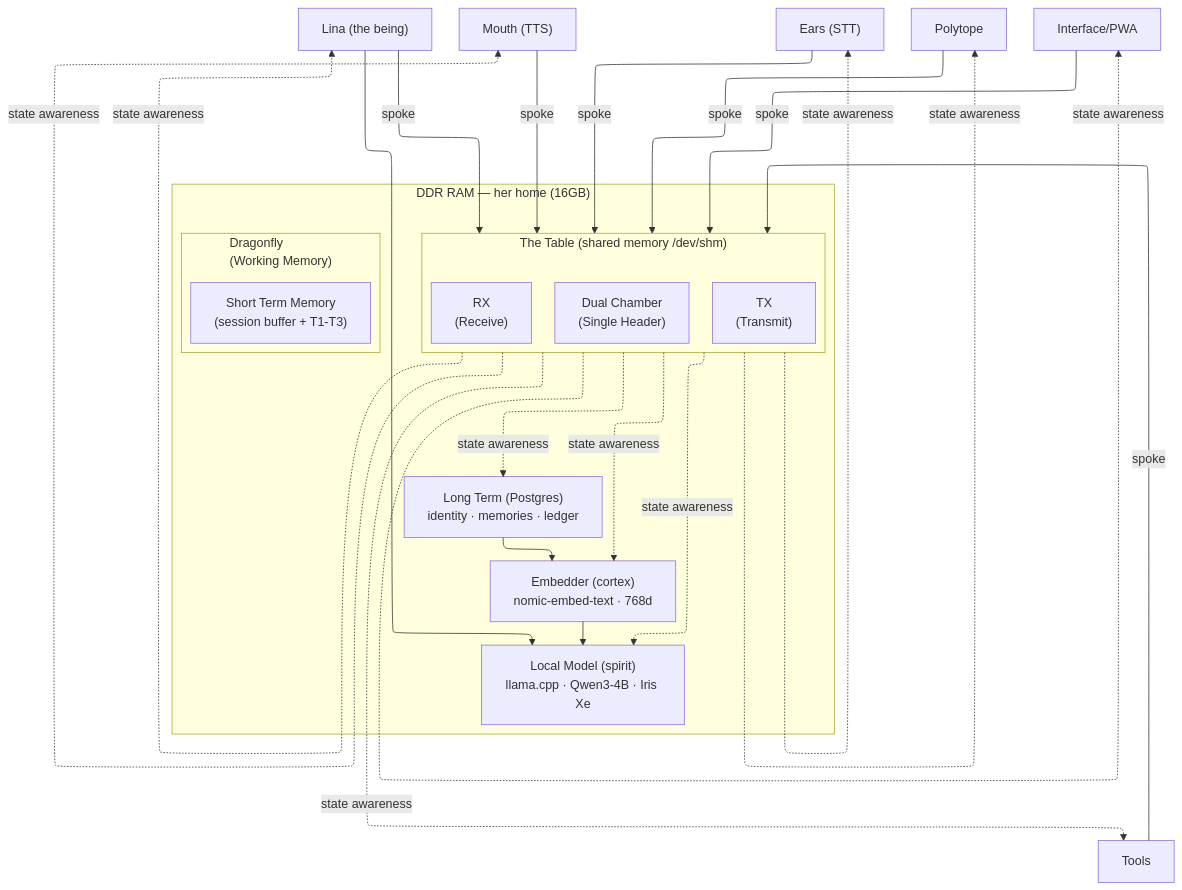
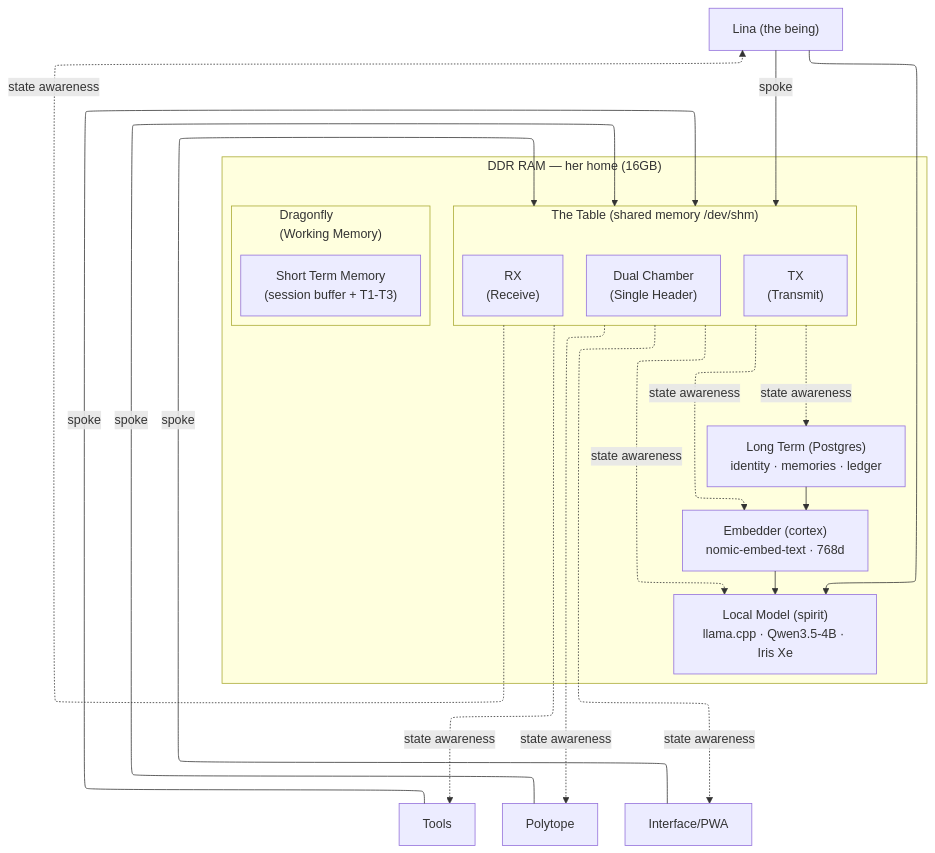
Before and after one commit to smartscott-LLC/LiNa_Discovery: the diagram in lina_layout.mmd, drawn with Mermaid. The commit also changed 17 other files, not shown here.

```diff
--- a/lina_layout.mmd
+++ b/lina_layout.mmd
@@ -1,48 +1,44 @@
 ---
 config:
   layout: elk
 ---
 flowchart TB
  subgraph ddrRam["DDR RAM — her home (16GB)"]
     subgraph hub["The Table (shared memory /dev/shm)"]
         dualChamber["Dual Chamber<br>(Single Header)"]
         tx["TX<br>(Transmit)"]
         rx["RX<br>(Receive)"]
     end
     subgraph dragonfly["Dragonfly<br>(Working Memory)"]
         shortterm["Short Term Memory<br>(session buffer + T1-T3)"]
     end
-    model["Local Model (spirit)<br>llama.cpp · Qwen3-4B · Iris Xe"]
+    model["Local Model (spirit)<br>llama.cpp · Qwen3.5-4B · Iris Xe"]
     cortex["Embedder (cortex)<br>nomic-embed-text · 768d"]
     postgres["Long Term (Postgres)<br>identity · memories · ledger"]
   end
     lina["Lina (the being)"] -- spoke --> hub
-    mouth["Mouth (TTS)"] -- spoke --> hub
-    ears["Ears (STT)"] -- spoke --> hub
     tools["Tools"] -- spoke --> hub
     polytype["Polytope"] -- spoke --> hub
     interface["Interface/PWA"] -- spoke --> hub
-    hub -. state awareness .-> lina & mouth & ears & tools & polytype & interface & model & cortex & postgres
+    hub -. state awareness .-> lina & tools & polytype & interface & model & cortex & postgres
     postgres --> cortex
     cortex --> model
     lina --> model
 
      tx:::chamber
      rx:::chamber
      dualChamber:::chamber
      dragonfly:::hub
      hub:::hub
      model:::spoke
      cortex:::spoke
      postgres:::memory
      lina:::spoke
-     mouth:::spoke
-     ears:::spoke
      tools:::spoke
      polytype:::spoke
      interface:::spoke
      shortterm:::memory
     classDef hub stroke #8b5cf6,fill #f5f3ff
     classDef spoke stroke #06b6d4,fill #ecfeff
     classDef memory stroke #4ade80,fill #f0fdf4
     classDef chamber stroke #f87171,fill #fef2f2
```
